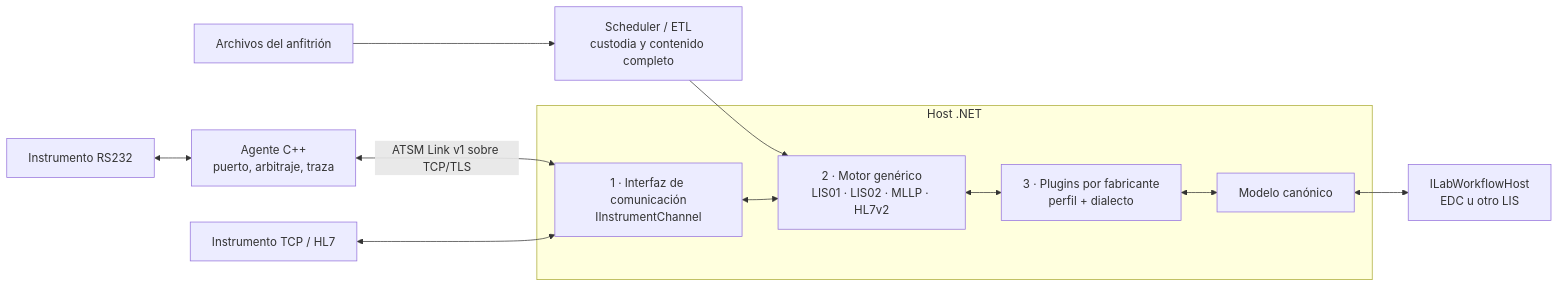
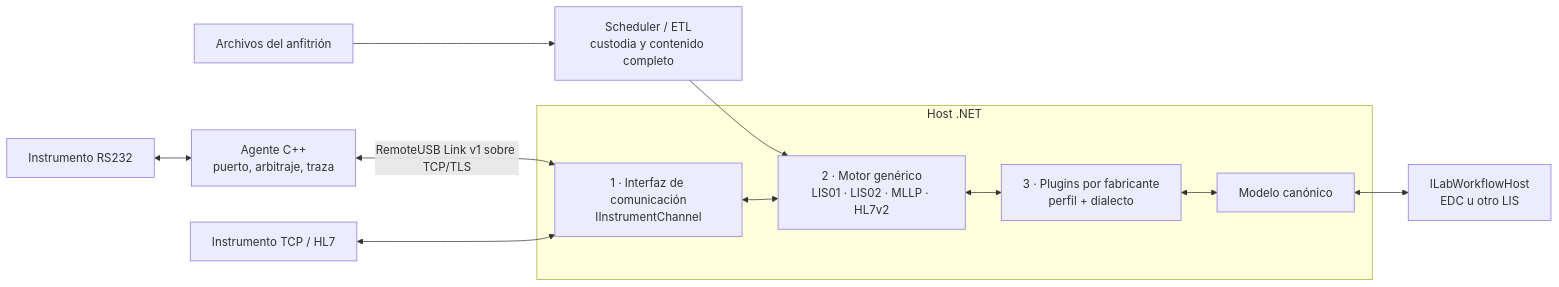
Before and after one commit to kalyx-ar/ASTM: the diagram in Documentacion/README.md, drawn with Mermaid. The commit also changed other lines of this file and 72 other files, not shown here.

Commit message:
refactor: renombrar el agente nativo a RemoteUSB y revisar riesgos de administración

````diff
--- a/Documentacion/README.md
+++ b/Documentacion/README.md
@@ -11,14 +11,14 @@
 ```mermaid
 flowchart LR
     S[Instrumento RS232] <--> G[Agente C++<br/>puerto, arbitraje, traza]
-    G <-->|ATSM Link v1 sobre TCP/TLS| C
+    G <-->|RemoteUSB Link v1 sobre TCP/TLS| C
     N[Instrumento TCP / HL7] <--> C
     F[Archivos del anfitrión] --> E[Scheduler / ETL<br/>custodia y contenido completo]
     E --> M
     subgraph Host .NET
       C[1 · Interfaz de comunicación<br/>IInstrumentChannel] <--> M[2 · Motor genérico<br/>LIS01 · LIS02 · MLLP · HL7v2]
       M <--> P[3 · Plugins por fabricante<br/>perfil + dialecto]
       P <--> K[Modelo canónico]
     end
     K <--> H[ILabWorkflowHost<br/>EDC u otro LIS]
 ```
````
